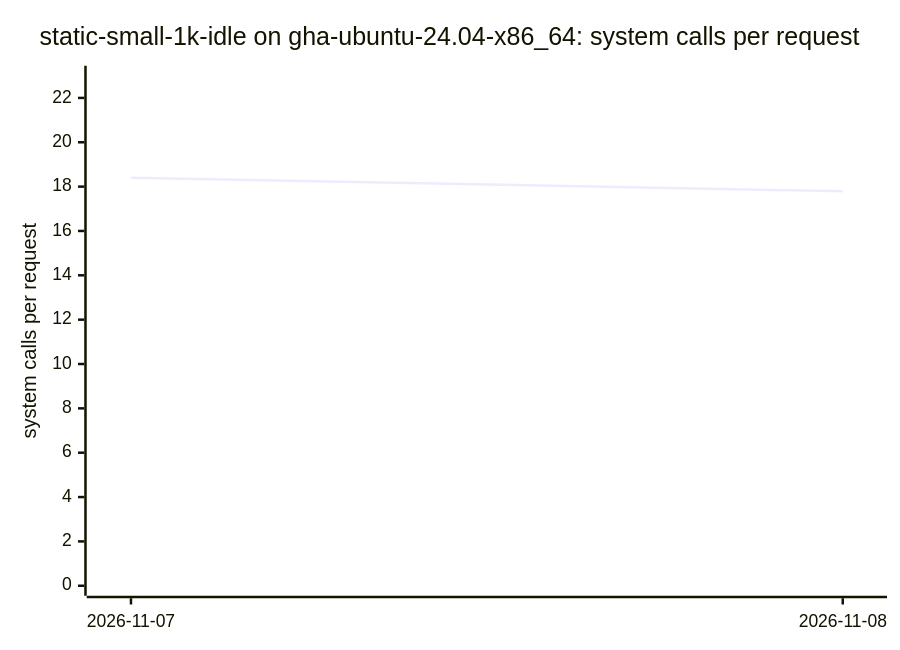
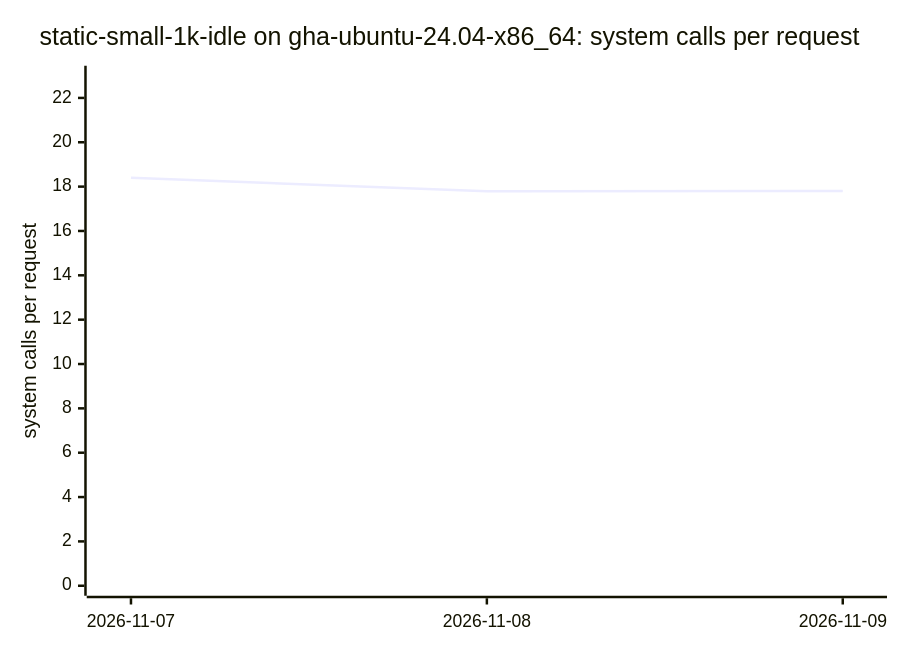
Before and after one commit to ThePixelPilgrim/durchlauferhitzer: diagram 18 of 18 in BENCHMARKS.md, drawn with Mermaid. The commit also changed other lines of this file and 1 other file, not shown here.

````diff
--- a/BENCHMARKS.md
+++ b/BENCHMARKS.md
@@ -177,7 +198,7 @@
 ```mermaid
 xychart-beta
   title "static-small-1k-idle on gha-ubuntu-24.04-x86_64: system calls per request"
-  x-axis ["2026-11-07", "2026-11-08"]
+  x-axis ["2026-11-07", "2026-11-08", "2026-11-09"]
   y-axis "system calls per request" 0 --> 23
-  line [18.40, 17.79]
+  line [18.40, 17.79, 17.80]
 ```
````
